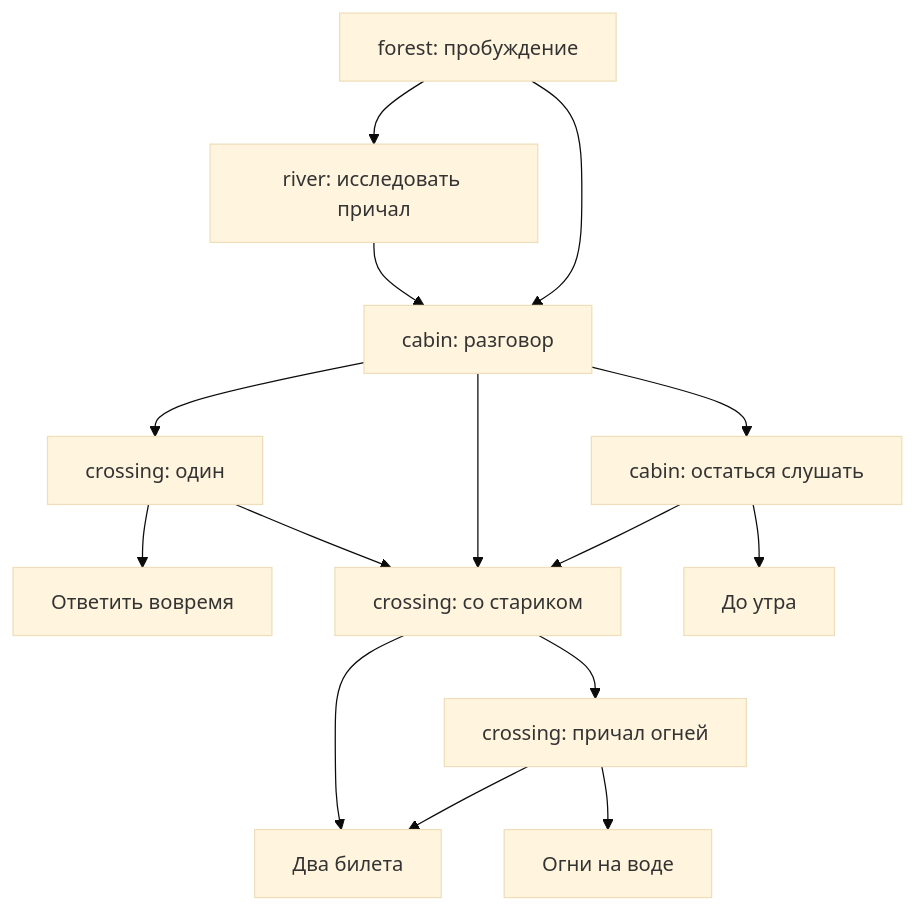
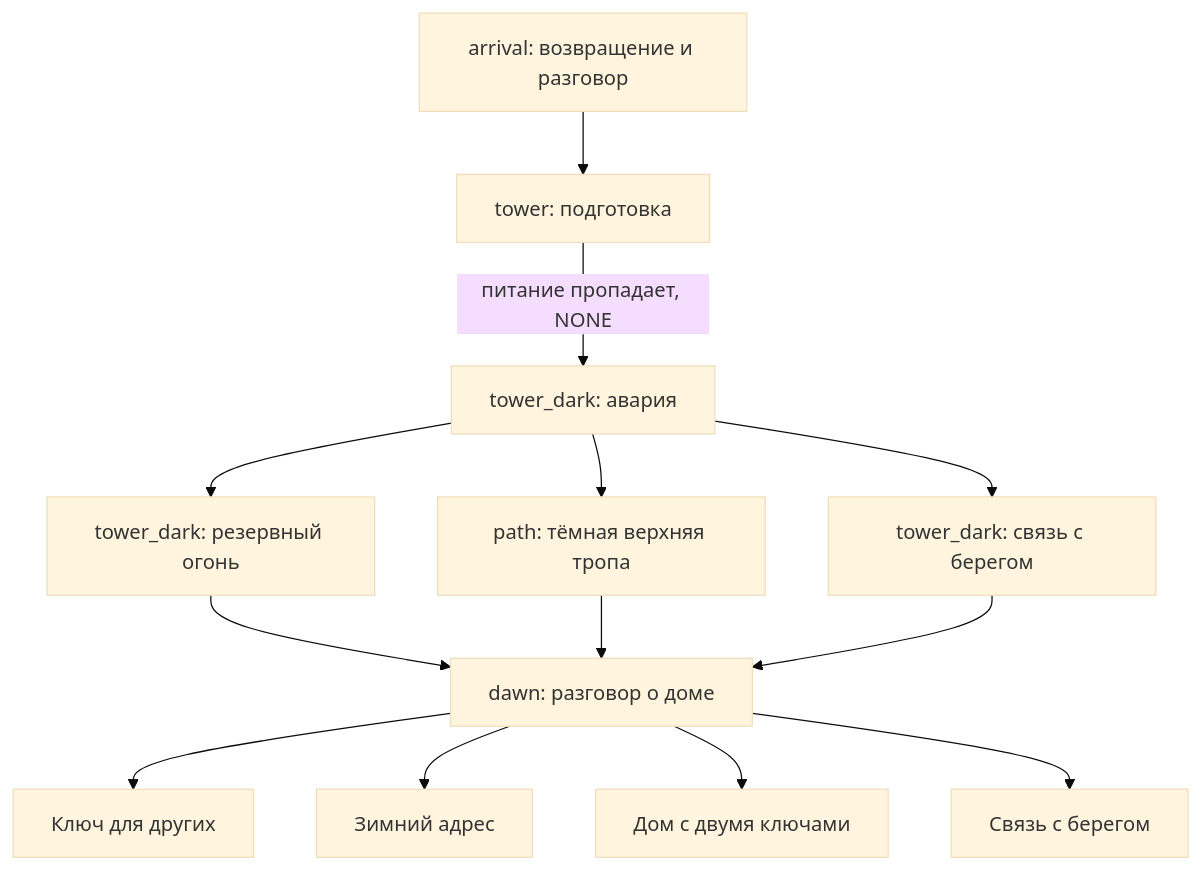
The diagram in docs/test-story.md (RadmirOne/Storyteller), drawn with Mermaid (base theme) before and after one commit. The commit also changed other lines of this file and 35 other files, not shown here.

````diff
--- a/docs/test-story.md
+++ b/docs/test-story.md
@@ -13,17 +22,15 @@
 ```mermaid
 flowchart TD
-    F[forest: пробуждение] --> R[river: исследовать причал]
-    F --> C[cabin: разговор]
-    R --> C
-    C --> A[crossing: один]
-    C --> T[crossing: со стариком]
-    C --> S[cabin: остаться слушать]
-    S --> T
-    S --> E3[До утра]
-    A --> E1[Ответить вовремя]
-    A --> T
-    T --> E2[Два билета]
-    T --> L[crossing: причал огней]
-    L --> E2
-    L --> E4[Огни на воде]
+    A[arrival: возвращение и разговор] --> T[tower: подготовка]
+    T -->|питание пропадает, NONE| O[tower_dark: авария]
+    O --> R[tower_dark: резервный огонь]
+    O --> P[path: тёмная верхняя тропа]
+    O --> C[tower_dark: связь с берегом]
+    R --> D[dawn: разговор о доме]
+    P --> D
+    C --> D
+    D --> E1[Ключ для других]
+    D --> E2[Зимний адрес]
+    D --> E3[Дом с двумя ключами]
+    D --> E4[Связь с берегом]
 ```
````
